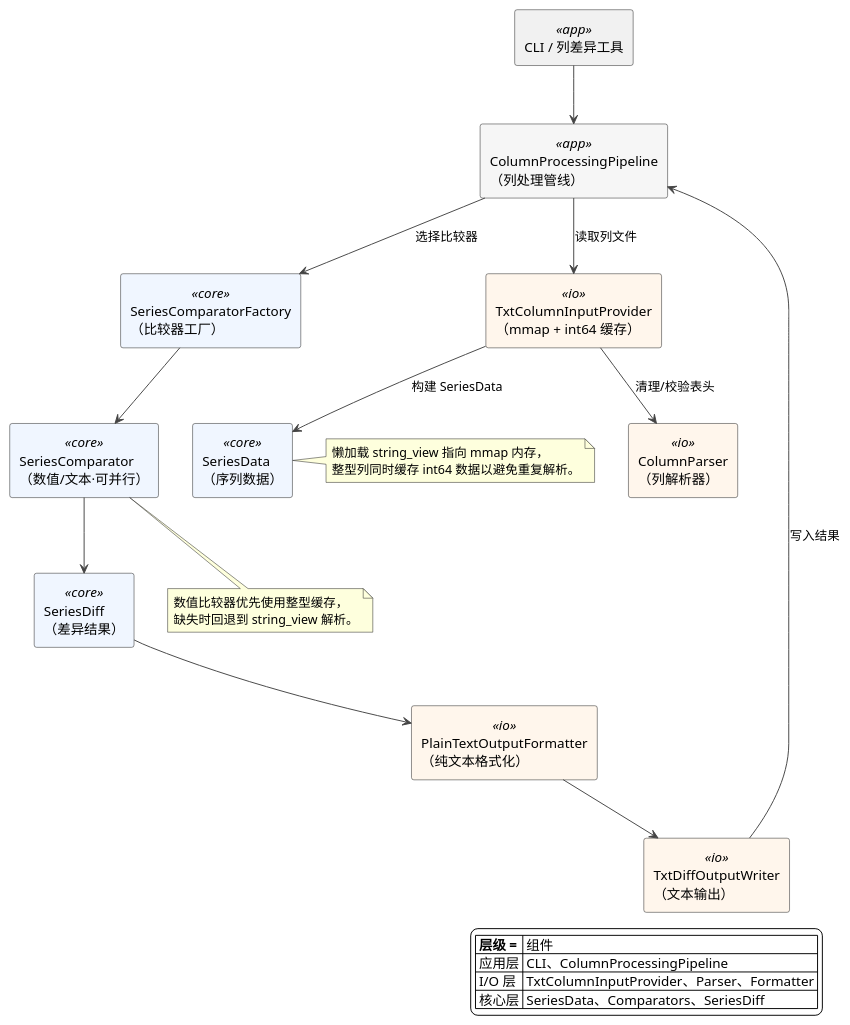
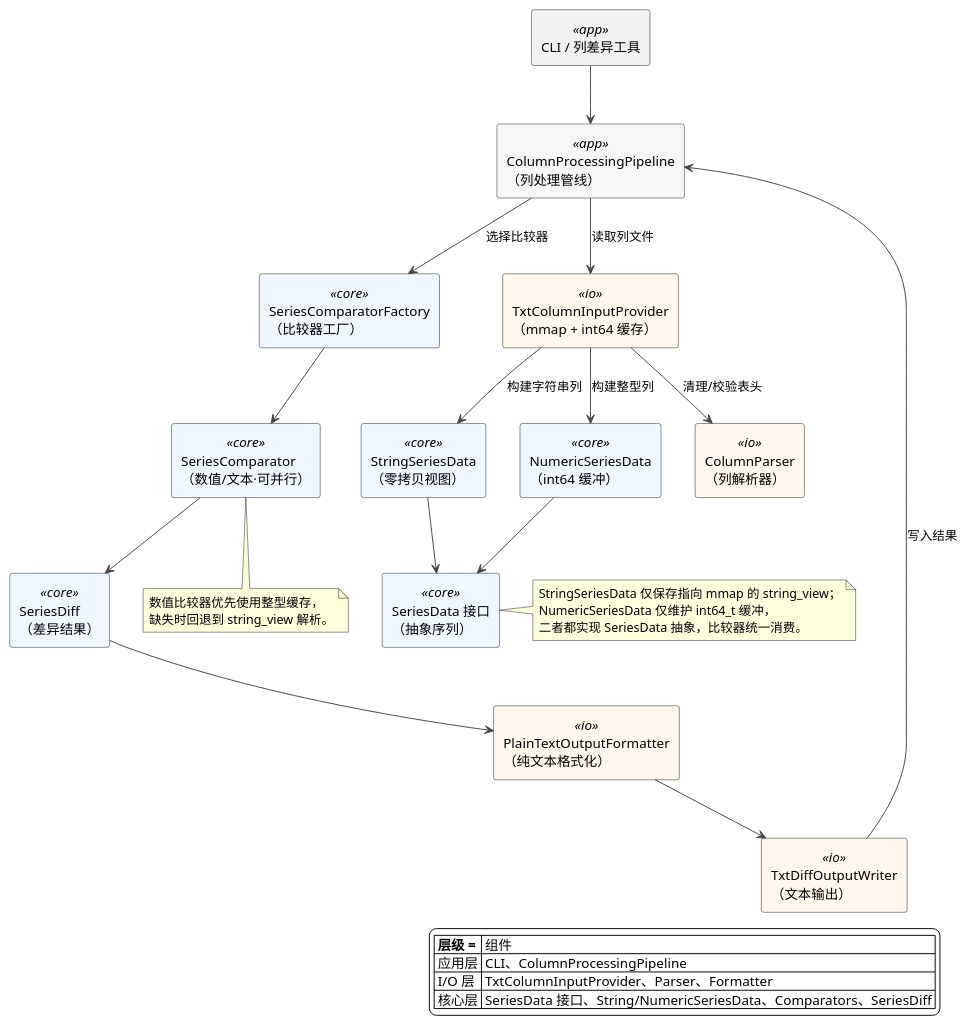
The diagram in diff_compare/docs/architecture.puml (DestinyOfLove/destiny_place_cpp), drawn with PlantUML before and after one commit. The commit also changed 12 other files, not shown here.

Commit message:
refactor(core): simplify series data pipeline

```diff
--- a/diff_compare/docs/architecture.puml
+++ b/diff_compare/docs/architecture.puml
@@ -1,50 +1,56 @@
 @startuml
 skinparam backgroundColor #ffffff
 skinparam componentStyle rectangle
 skinparam arrowColor #444444
 skinparam component {
   BackgroundColor<<core>> #f0f6ff
   BackgroundColor<<io>> #fff6ec
   BackgroundColor<<app>> #f6f6f6
 }
 
 rectangle "CLI / 列差异工具" <<app>> as cli
 component "ColumnProcessingPipeline\n（列处理管线）" <<app>> as pipeline
 component "SeriesComparatorFactory\n（比较器工厂）" <<core>> as factory
-component "SeriesData\n（序列数据）" <<core>> as seriesData
+component "SeriesData 接口\n（抽象序列）" <<core>> as seriesInterface
+component "StringSeriesData\n（零拷贝视图）" <<core>> as stringSeries
+component "NumericSeriesData\n（int64 缓冲）" <<core>> as numericSeries
 component "SeriesComparator\n（数值/文本·可并行）" <<core>> as comparators
 component "SeriesDiff\n（差异结果）" <<core>> as seriesDiff
 component "TxtColumnInputProvider\n（mmap + int64 缓存）" <<io>> as input
 component "ColumnParser\n（列解析器）" <<io>> as parser
 component "TxtDiffOutputWriter\n（文本输出）" <<io>> as writer
 component "PlainTextOutputFormatter\n（纯文本格式化）" <<io>> as formatter
 
 cli --> pipeline
 pipeline --> input : 读取列文件
 input --> parser : 清理/校验表头
-input --> seriesData : 构建 SeriesData
+input --> stringSeries : 构建字符串列
+input --> numericSeries : 构建整型列
+stringSeries --> seriesInterface
+numericSeries --> seriesInterface
 pipeline --> factory : 选择比较器
 factory --> comparators
 comparators --> seriesDiff
 seriesDiff --> formatter
 formatter --> writer
 writer --> pipeline : 写入结果
 
-note right of seriesData
-  懒加载 string_view 指向 mmap 内存，
-  整型列同时缓存 int64 数据以避免重复解析。
+note right of seriesInterface
+  StringSeriesData 仅保存指向 mmap 的 string_view；
+  NumericSeriesData 仅维护 int64_t 缓冲，
+  二者都实现 SeriesData 抽象，比较器统一消费。
 end note
 
 note bottom of comparators
   数值比较器优先使用整型缓存，
   缺失时回退到 string_view 解析。
 end note
 
 legend right
   |= 层级 =| 组件 |
   | 应用层 | CLI、ColumnProcessingPipeline |
   | I/O 层 | TxtColumnInputProvider、Parser、Formatter |
-  | 核心层 | SeriesData、Comparators、SeriesDiff |
+  | 核心层 | SeriesData 接口、String/NumericSeriesData、Comparators、SeriesDiff |
 endlegend
 
 @enduml
```
